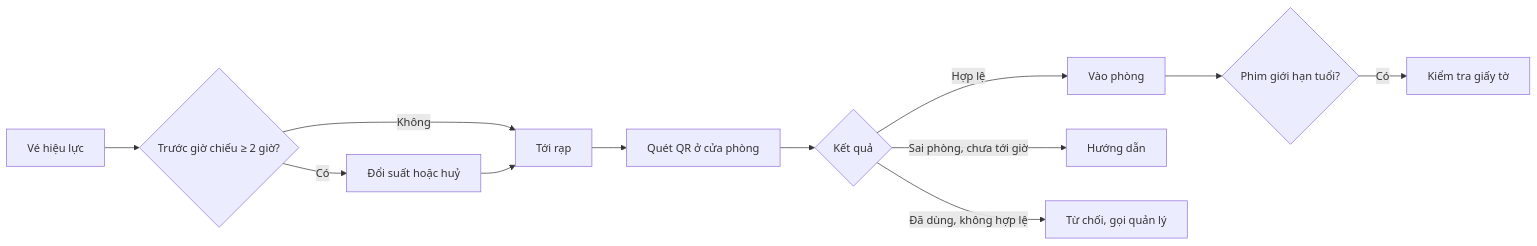
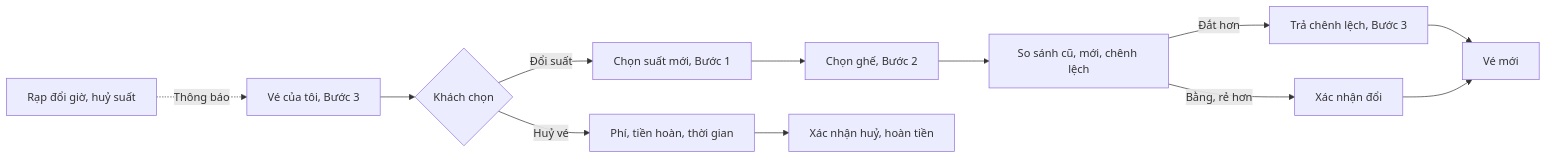
The fifth of 5 diagrams in docs/PRD.md (uxfoundation-vn/de08-dat-ve-xem-phim), drawn with Mermaid before and after one commit. The commit also changed other lines of this file and 2 other files, not shown here.

First line of the commit message:
Đề 8: chỉ giữ luồng của khách

````diff
--- a/docs/PRD.md
+++ b/docs/PRD.md
@@ -370,14 +307,14 @@
 ```mermaid
 flowchart LR
-  A["Vé hiệu lực"] --> B{"Trước giờ chiếu ≥ 2 giờ?"}
-  B -->|Có| C["Đổi suất hoặc huỷ"]
-  B -->|Không| D["Tới rạp"]
-  C --> D
-  D --> E["Quét QR ở cửa phòng"]
-  E --> F{"Kết quả"}
-  F -->|Hợp lệ| G["Vào phòng"]
-  F -->|Sai phòng, chưa tới giờ| H["Hướng dẫn"]
-  F -->|Đã dùng, không hợp lệ| I["Từ chối, gọi quản lý"]
-  G --> J{"Phim giới hạn tuổi?"}
-  J -->|Có| K["Kiểm tra giấy tờ"]
+  A["Vé của tôi, Bước 3"] --> B{"Khách chọn"}
+  B -->|Đổi suất| C["Chọn suất mới, Bước 1"]
+  C --> D["Chọn ghế, Bước 2"]
+  D --> E["So sánh cũ, mới, chênh lệch"]
+  E -->|Đắt hơn| F["Trả chênh lệch, Bước 3"]
+  E -->|Bằng, rẻ hơn| G["Xác nhận đổi"]
+  F --> H["Vé mới"]
+  G --> H
+  B -->|Huỷ vé| I["Phí, tiền hoàn, thời gian"]
+  I --> J["Xác nhận huỷ, hoàn tiền"]
+  R["Rạp đổi giờ, huỷ suất"] -.->|Thông báo| A
 ```
````
